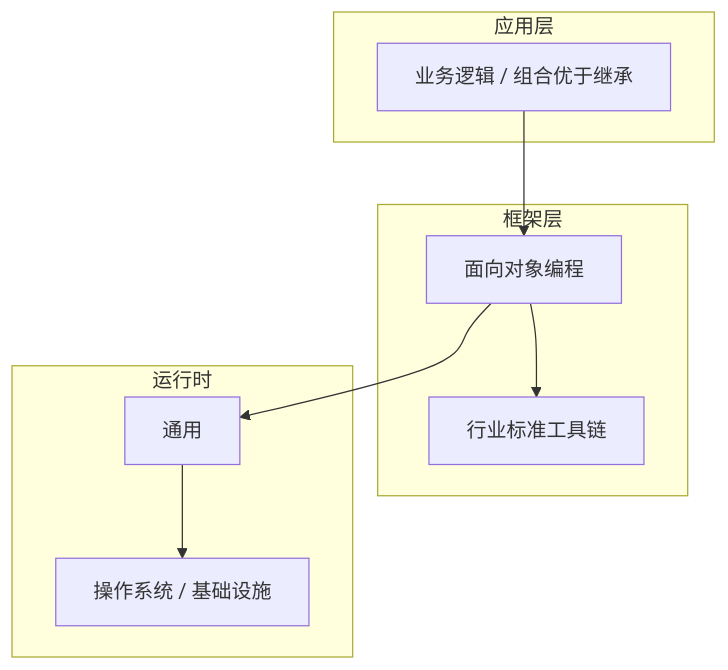
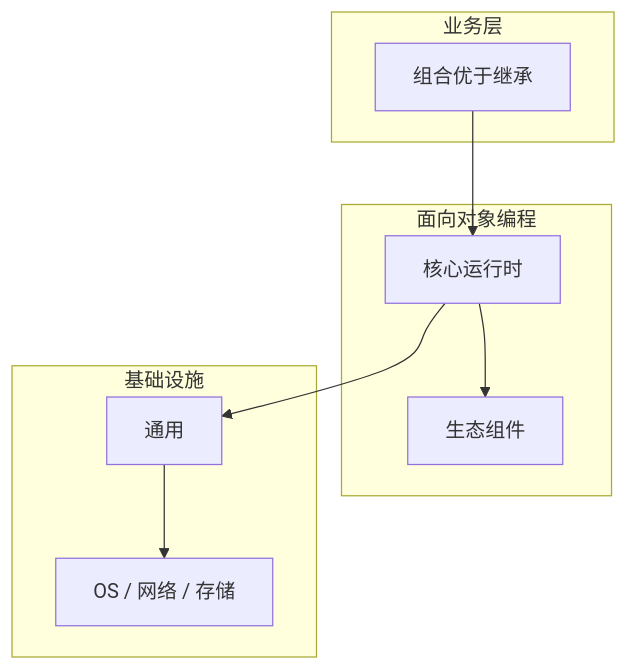
One commit to yanggan2015/knowledge-json-v2 changed the diagram in articles/面向对象编程/chapters/036-组合优于继承核心概念与原理.md. Above: the diagram before and after it, drawn with Mermaid. The commit also changed other lines of this file and 10127 other files, not shown here.

````diff
--- a/articles/面向对象编程/chapters/036-组合优于继承核心概念与原理.md
+++ b/articles/面向对象编程/chapters/036-组合优于继承核心概念与原理.md
@@ -45,18 +34,18 @@
 ```mermaid
 graph TB
-    subgraph 应用层
-        A[业务逻辑 / 组合优于继承]
+    subgraph 业务层
+        A[组合优于继承]
     end
-    subgraph 框架层
-        B[面向对象编程]
-        C[行业标准工具链]
+    subgraph 面向对象编程
+        B[核心运行时]
+        C[生态组件]
     end
-    subgraph 运行时
+    subgraph 基础设施
         D[通用]
-        E[操作系统 / 基础设施]
+        E[OS / 网络 / 存储]
     end
     A --> B
     B --> C
     B --> D
     D --> E
 ```
````
